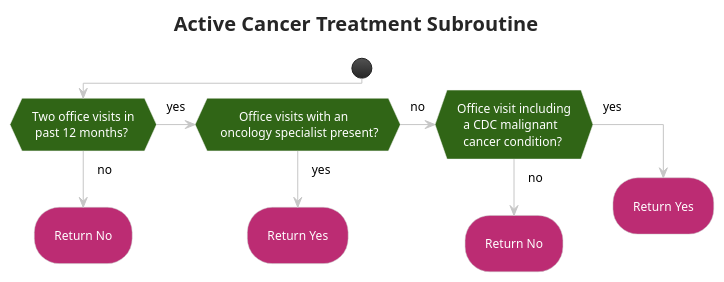
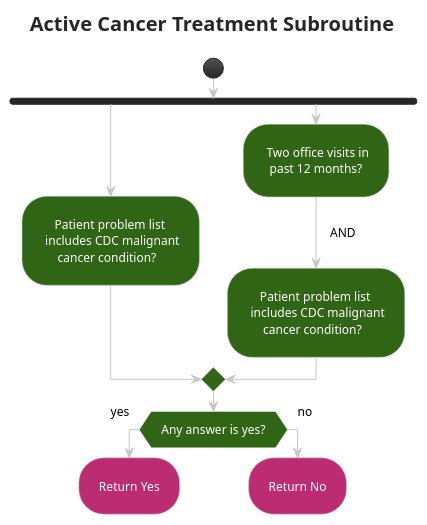
The diagram in input/images-source/subroutine_active_cancer_treatment.plantuml (cqframework/opioid-cds-r4), drawn with PlantUML before and after one commit. The commit also changed 8 other files, not shown here.

```diff
--- a/input/images-source/subroutine_active_cancer_treatment.plantuml
+++ b/input/images-source/subroutine_active_cancer_treatment.plantuml
@@ -1,30 +1,31 @@
 @startuml subroutine_active_cancer_treatment
 !theme carbon-gray
+skinparam ActivityBackgroundColor #306516
 <style>
 activityDiagram {
  FontColor white
  RoundCorner 50
  arrow {
   FontColor: Black
  }
  diamond {
   BackgroundColor #306516
  }
 }
 </style>
 title Active Cancer Treatment Subroutine
 start
-if (Two office visits in\n past 12 months?) then (no)
+fork
+:    Patient problem list\n includes CDC malignant\n     cancer condition?;
+fork again
+: Two office visits in\n  past 12 months?;
+-> AND;
+:    Patient problem list\n includes CDC malignant\n     cancer condition?;
+end merge
+if (Any answer is yes?) then (yes)
+#BC2C73:Return Yes;
+kill
+else (no)
 #BC2C73:Return No;
 kill
-(yes) elseif (       Office visits with an\n oncology specialist present?) then (yes)
-#BC2C73:Return Yes;
-kill
-(no) elseif (Office visit including\n  a CDC malignant\n  cancer condition?) then (no)
-#BC2C73:Return No;
-kill
-else (yes)
-#BC2C73:Return Yes;
-kill
-endif
 @enduml
```
